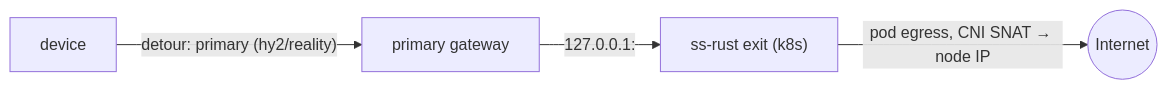
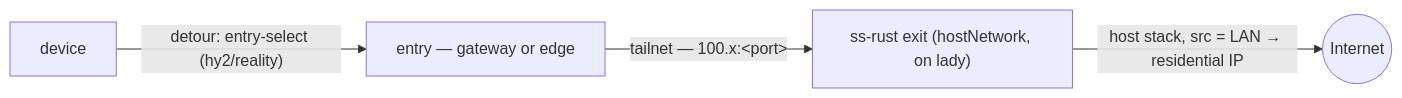
The sixth of 6 diagrams in docs/architecture.md (radiosilence/jaritanet), drawn with Mermaid before and after one commit. The commit also changed other lines of this file and 12 other files, not shown here.

First line of the commit message:
237 feat(vpn): egress exits on the node they present, over the tailnet (#240)

````diff
--- a/docs/architecture.md
+++ b/docs/architecture.md
@@ -559,6 +557,6 @@
 ```mermaid
 flowchart LR
-    DEV["device"] -->|"detour: primary (hy2/reality)"| GW["primary gateway"]
-    GW -->|"127.0.0.1:<port>"| SS["ss-rust exit (k8s)"]
-    SS -->|"pod egress, CNI SNAT → node IP"| INET(("Internet"))
+    DEV["device"] -->|"detour: entry-select (hy2/reality)"| GW["entry — gateway or edge"]
+    GW -->|"tailnet — 100.x:&lt;port&gt;"| SS["ss-rust exit (hostNetwork, on lady)"]
+    SS -->|"host stack, src = LAN → residential IP"| INET(("Internet"))
 ```
````
